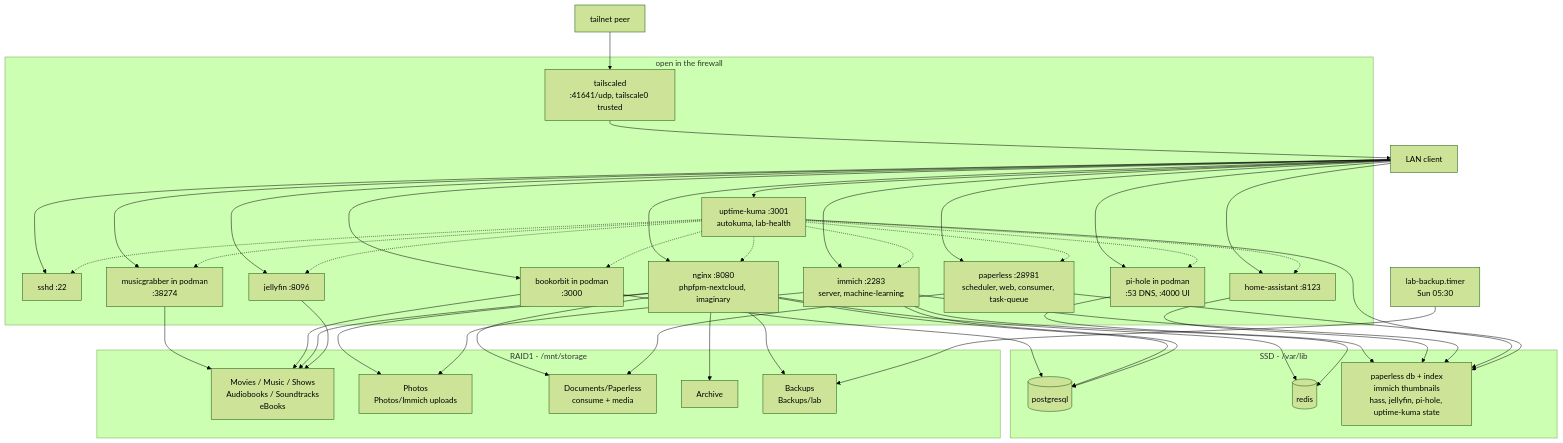
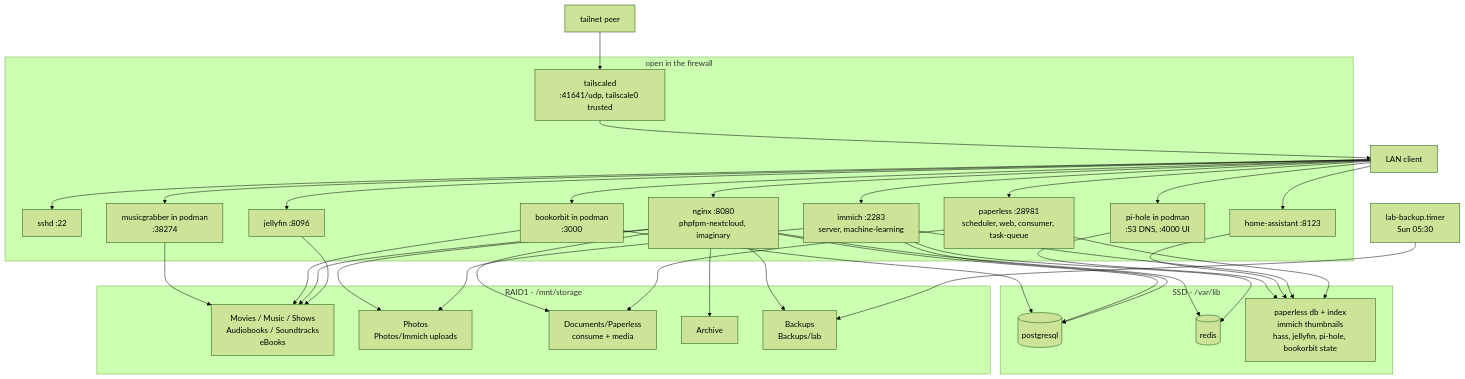
The second of 2 diagrams in README.md (antonkesy/home-server), drawn with Mermaid (forest theme) before and after one commit. The commit also changed other lines of this file and 8 other files, not shown here.

First line of the commit message:
remove uptime kuma

````diff
--- a/README.md
+++ b/README.md
@@ -49,51 +49,48 @@
 ```mermaid
 flowchart TD
   client["LAN client"]
 
   subgraph fw["open in the firewall"]
     ssh["sshd :22"]
     ts["tailscaled<br>:41641/udp, tailscale0 trusted"]
     ph["pi-hole in podman<br>:53 DNS, :4000 UI"]
     has["home-assistant :8123"]
     ncb["nginx :8080<br>phpfpm-nextcloud, imaginary"]
     jfb["jellyfin :8096"]
     plb["paperless :28981<br>scheduler, web, consumer, task-queue"]
     imb["immich :2283<br>server, machine-learning"]
-    ukb["uptime-kuma :3001<br>autokuma, lab-health"]
     mgb["musicgrabber in podman<br>:38274"]
     bob["bookorbit in podman<br>:3000"]
   end
 
   subgraph ssdg["SSD - /var/lib"]
     pg[("postgresql")]
     rd[("redis")]
-    st["paperless db + index<br>immich thumbnails<br>hass, jellyfin, pi-hole, uptime-kuma state"]
+    st["paperless db + index<br>immich thumbnails<br>hass, jellyfin, pi-hole, bookorbit state"]
   end
 
   subgraph raid["RAID1 - /mnt/storage"]
     med["Movies / Music / Shows<br>Audiobooks / Soundtracks<br>eBooks"]
     pho["Photos<br>Photos/Immich uploads"]
     doc["Documents/Paperless<br>consume + media"]
     arc["Archive"]
     bak["Backups<br>Backups/lab"]
   end
 
   client --> ssh & ph & has
   remote["tailnet peer"] --> ts --> client
-  client --> ncb & jfb & plb & imb & ukb & mgb & bob
+  client --> ncb & jfb & plb & imb & mgb & bob
   mgb --> med
   bob --> pg
   bob --> med
   ph --> st
   has --> st
   ncb --> pg & rd
   ncb --> med & pho & doc & arc & bak
   jfb --> med
   imb --> pg & rd & st
   imb --> pho
-  ukb --> st
-  ukb -.-> ssh & ph & has & ncb & jfb & plb & imb & mgb & bob
   plb --> doc
   plb --> st
   tb["lab-backup.timer<br>Sun 05:30"] --> bak
 ```
````
